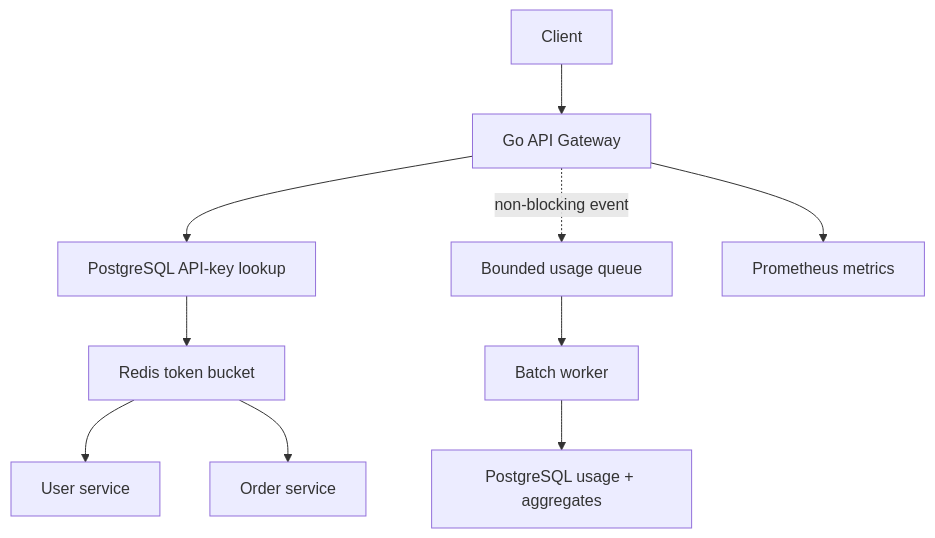
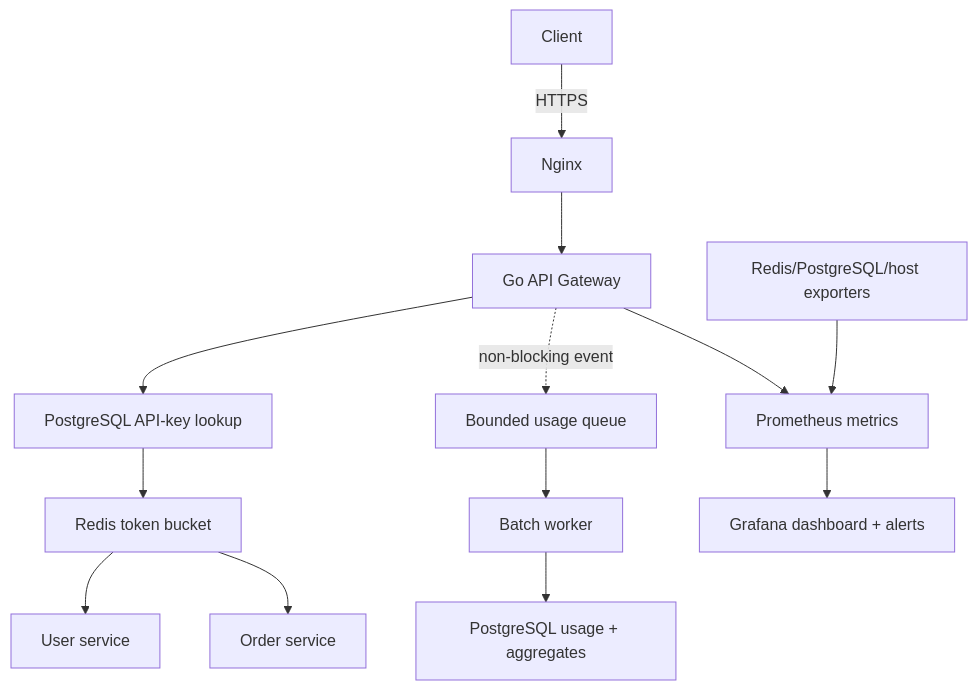
Before and after one commit to beasthphp/distributed-api-gateway: the diagram in README.md, drawn with Mermaid. The commit also changed other lines of this file and 34 other files, not shown here.

````diff
--- a/README.md
+++ b/README.md
@@ -28,12 +32,15 @@
 ```mermaid
 flowchart TD
-    C[Client] --> G[Go API Gateway]
+    C[Client] -->|HTTPS| N[Nginx]
+    N --> G[Go API Gateway]
     G --> A[PostgreSQL API-key lookup]
     A --> R[Redis token bucket]
     R --> U[User service]
     R --> O[Order service]
     G -. non-blocking event .-> Q[Bounded usage queue]
     Q --> W[Batch worker]
     W --> P[PostgreSQL usage + aggregates]
     G --> M[Prometheus metrics]
+    X[Redis/PostgreSQL/host exporters] --> M
+    M --> D[Grafana dashboard + alerts]
 ```
````
